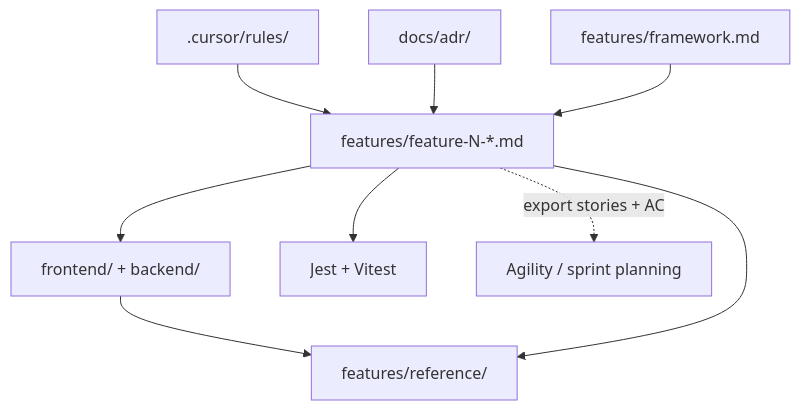
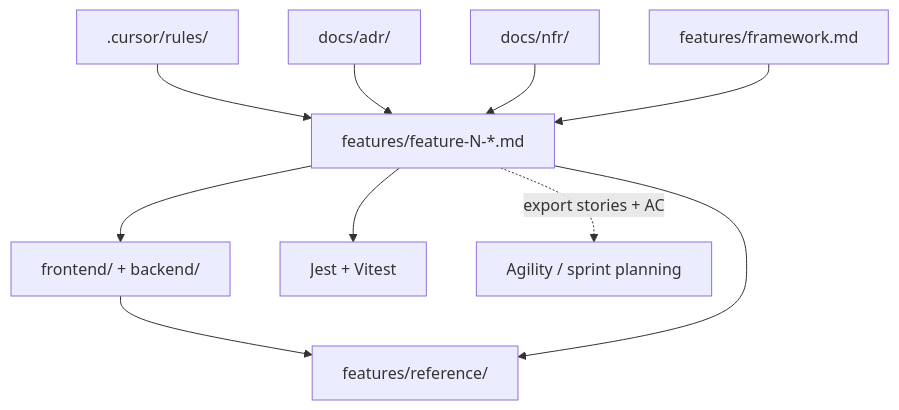
The diagram in features/framework.md (OC-ComputerScience/todospeckit), drawn with Mermaid before and after one commit. The commit also changed other lines of this file and 11 other files, not shown here.

````diff
--- a/features/framework.md
+++ b/features/framework.md
@@ -42,20 +44,22 @@
 ```mermaid
 flowchart TD
   rules[".cursor/rules/"]
   adr["docs/adr/"]
+  nfr["docs/nfr/"]
   framework["features/framework.md"]
   spec["features/feature-N-*.md"]
   code["frontend/ + backend/"]
   tests["Jest + Vitest"]
   reference["features/reference/"]
   agile["Agility / sprint planning"]
 
   rules --> spec
   adr --> spec
+  nfr --> spec
   framework --> spec
   spec --> code
   spec --> tests
   code --> reference
   spec --> reference
   spec -.->|export stories + AC| agile
 ```
````
